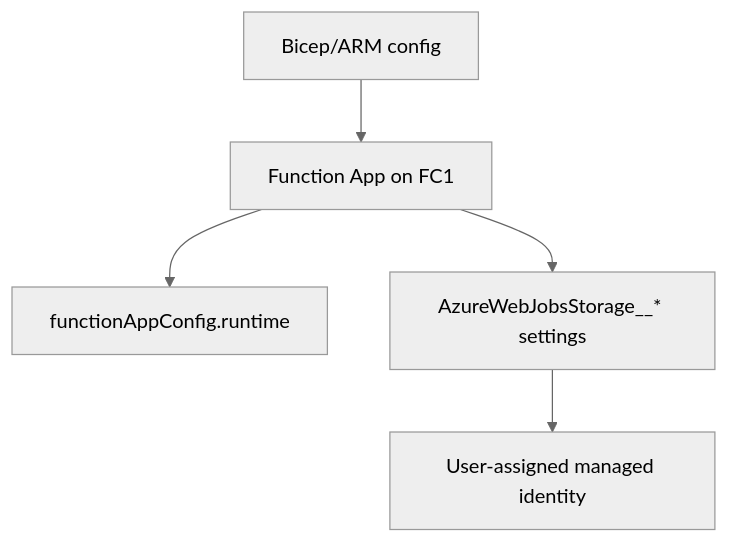
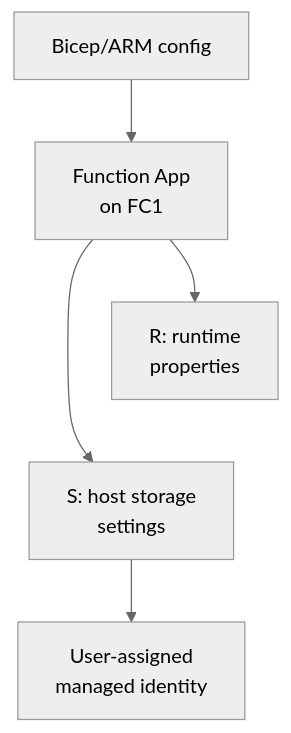
Before and after one commit to yeongseon/azure-functions-practical-guide: the second of 2 diagrams in docs/language-guides/python/tutorial/flex-consumption/03-configuration.md, drawn with Mermaid (neutral theme). The commit also changed other lines of this file and 4 other files, not shown here.

First line of the commit message:
docs(diagrams): clarify Python tutorial configuration topologies (#541)

````diff
--- a/docs/language-guides/python/tutorial/flex-consumption/03-configuration.md
+++ b/docs/language-guides/python/tutorial/flex-consumption/03-configuration.md
@@ -109,7 +135,11 @@
 ```mermaid
 flowchart TD
-    Bicep["Bicep/ARM config"] --> App[Function App on FC1]
-    App --> Runtime[functionAppConfig.runtime]
-    App --> Storage[AzureWebJobsStorage__* settings]
-    Storage --> UAMI[User-assigned managed identity]
+    accTitle: Python Flex Consumption configuration associations
+    accDescr: Bicep or ARM configures the FC1 app, its runtime properties and host storage settings, which select a user-assigned identity in this example. Arrows are configuration associations, not data-transit hops or execution order; runtime and host storage are separate configuration surfaces.
+    Bicep["Bicep/ARM config"] --> App["Function App<br/>on FC1"]
+    App --> Runtime["R: runtime<br/>properties"]
+    App --> Storage["S: host storage<br/>settings"]
+    Storage --> UAMI["User-assigned<br/>managed identity"]
+    %% Layout-only tier; adds no configuration dependency or semantic arrow.
+    Runtime ~~~ Storage
 ```
````
